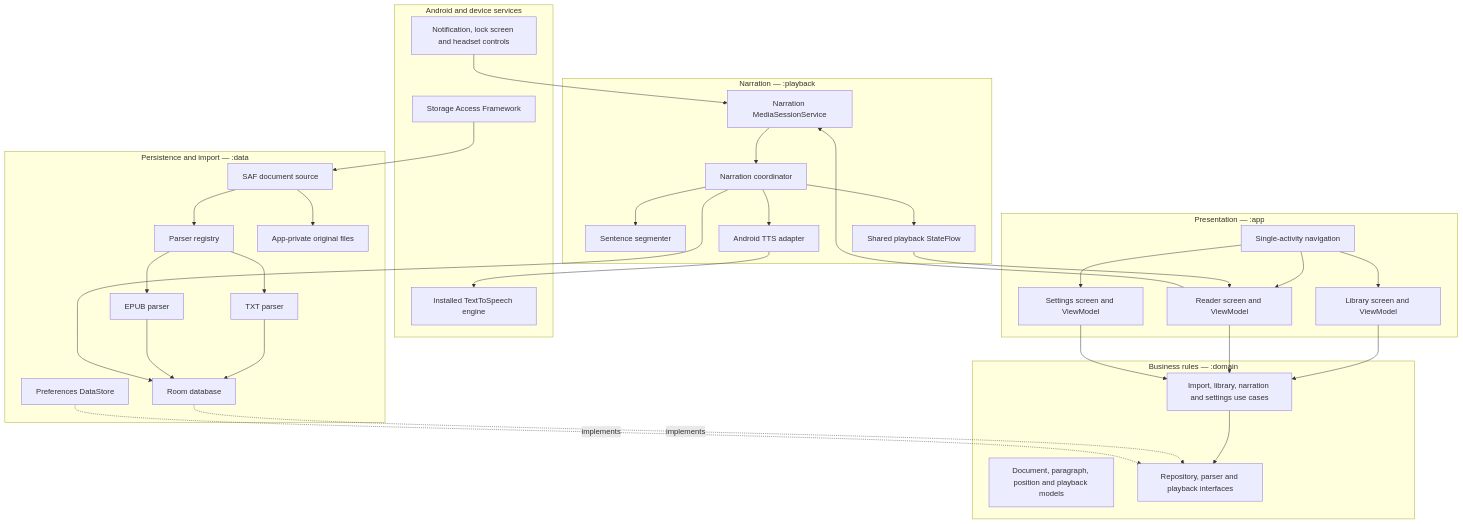
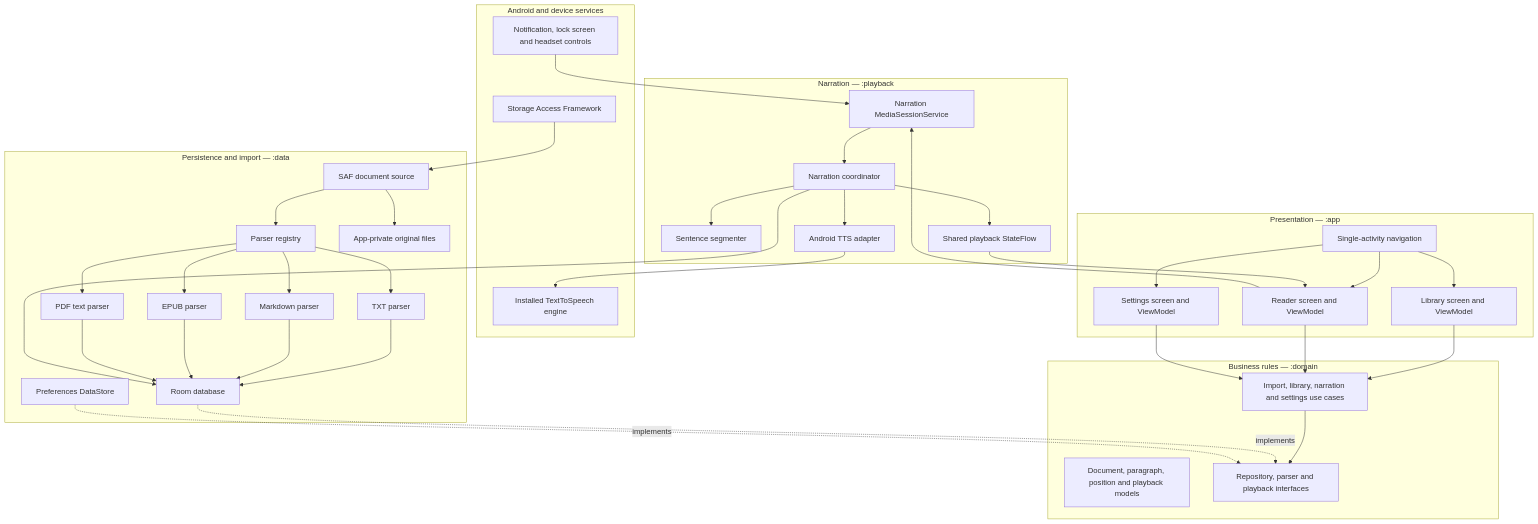
Before and after one commit to Noloman18/orator: the diagram in docs/ORATOR_IMPLEMENTATION_SPEC.md, drawn with Mermaid. The commit also changed other lines of this file and 18 other files, not shown here.

Commit message:
Add Markdown and PDF import support

````diff
--- a/docs/ORATOR_IMPLEMENTATION_SPEC.md
+++ b/docs/ORATOR_IMPLEMENTATION_SPEC.md
@@ -91,67 +94,73 @@
 ```mermaid
 flowchart TB
     subgraph OS["Android and device services"]
         Picker["Storage Access Framework"]
         SystemMedia["Notification, lock screen and headset controls"]
         DeviceTTS["Installed TextToSpeech engine"]
     end
 
     subgraph App["Presentation — :app"]
         Library["Library screen and ViewModel"]
         Reader["Reader screen and ViewModel"]
         Settings["Settings screen and ViewModel"]
         Navigation["Single-activity navigation"]
     end
 
     subgraph Domain["Business rules — :domain"]
         UseCases["Import, library, narration and settings use cases"]
         Models["Document, paragraph, position and playback models"]
         Ports["Repository, parser and playback interfaces"]
     end
 
     subgraph Data["Persistence and import — :data"]
         Source["SAF document source"]
         Registry["Parser registry"]
         TXT["TXT parser"]
+        Markdown["Markdown parser"]
         EPUB["EPUB parser"]
+        PDF["PDF text parser"]
         Database["Room database"]
         Preferences["Preferences DataStore"]
         PrivateFiles["App-private original files"]
     end
 
     subgraph Playback["Narration — :playback"]
         Service["Narration MediaSessionService"]
         Coordinator["Narration coordinator"]
         Segmenter["Sentence segmenter"]
         TTSAdapter["Android TTS adapter"]
         StateStore["Shared playback StateFlow"]
     end
 
     Navigation --> Library
     Navigation --> Reader
     Navigation --> Settings
     Library --> UseCases
     Reader --> UseCases
     Settings --> UseCases
     UseCases --> Ports
 
     Picker --> Source
     Source --> Registry
     Registry --> TXT
+    Registry --> Markdown
     Registry --> EPUB
+    Registry --> PDF
     TXT --> Database
+    Markdown --> Database
     EPUB --> Database
+    PDF --> Database
     Source --> PrivateFiles
     Database -.implements.-> Ports
     Preferences -.implements.-> Ports
 
     Reader --> Service
     SystemMedia --> Service
     Service --> Coordinator
     Coordinator --> Segmenter
     Coordinator --> TTSAdapter
     TTSAdapter --> DeviceTTS
     Coordinator --> Database
     Coordinator --> StateStore
     StateStore --> Reader
 ```
````
